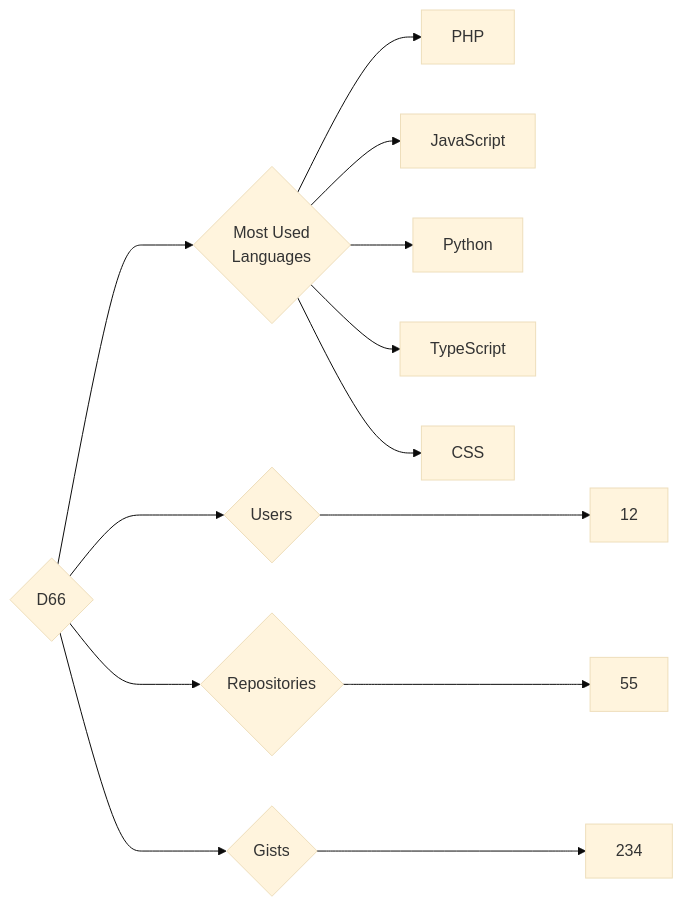
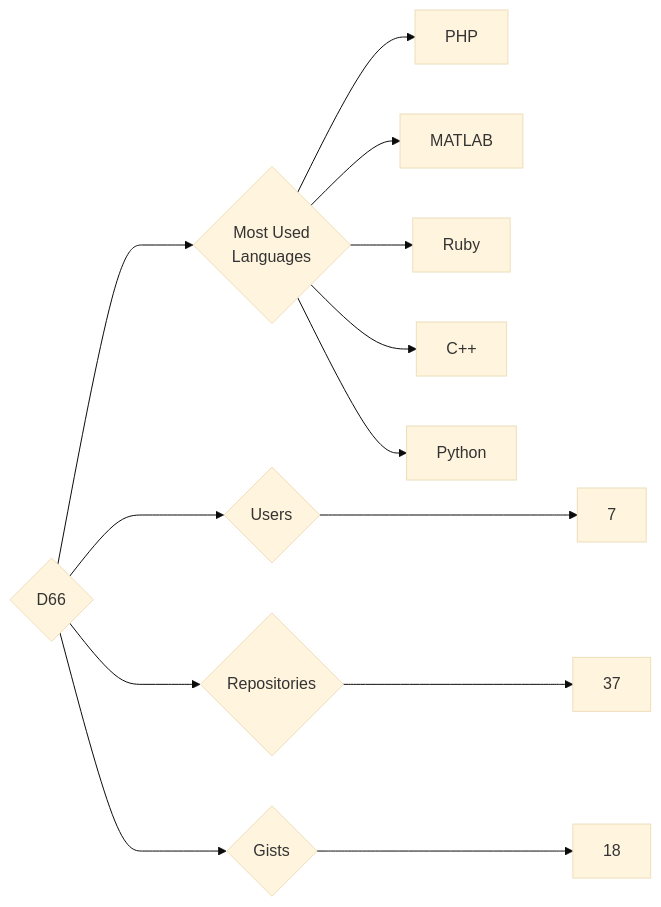
The diagram in targets/D66/README.md (trickest/insiders), drawn with Mermaid (base theme) before and after one commit. The commit also changed 870 other files, not shown here.

````diff
--- a/targets/D66/README.md
+++ b/targets/D66/README.md
@@ -3,13 +3,13 @@
 ```mermaid
 graph LR
 COMPANY_NAME{D66}
-COMPANY_NAME ---> U{Users} ---> UN[12]
-COMPANY_NAME ---> R{Repositories} ---> RN[55]
-COMPANY_NAME ---> G{Gists} ---> GN[234]
+COMPANY_NAME ---> U{Users} ---> UN[7]
+COMPANY_NAME ---> R{Repositories} ---> RN[37]
+COMPANY_NAME ---> G{Gists} ---> GN[18]
 COMPANY_NAME ---> ML{Most Used<br>Languages}
 ML --> PHP[PHP]
-ML --> JavaScript[JavaScript]
+ML --> MATLAB[MATLAB]
+ML --> Ruby[Ruby]
+ML --> C++[C++]
 ML --> Python[Python]
-ML --> TypeScript[TypeScript]
-ML --> CSS[CSS]
 ```
````
